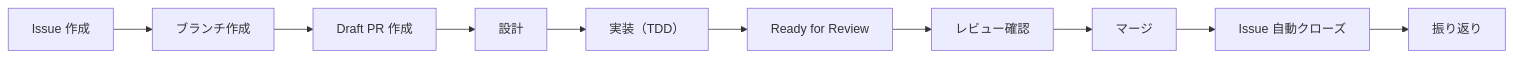
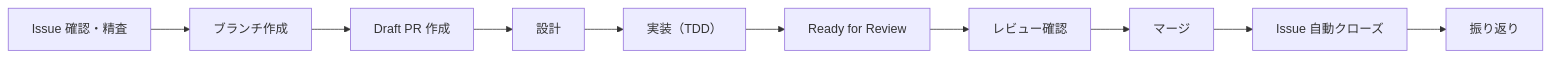
One commit to ka2kama/ringiflow changed the first of 3 diagrams in docs/04_手順書/04_開発フロー/01_Issue駆動開発.md. Above: the diagram before and after it, drawn with Mermaid. The commit also changed other lines of this file and 5 other files, not shown here.

First line of the commit message:
Add Issue scrutiny process to issue-driven development flow (#272)

````diff
--- a/docs/04_手順書/04_開発フロー/01_Issue駆動開発.md
+++ b/docs/04_手順書/04_開発フロー/01_Issue駆動開発.md
@@ -20,12 +22,12 @@
 ```mermaid
 flowchart LR
-    A["Issue 作成"] --> B["ブランチ作成"]
+    A["Issue 確認・精査"] --> B["ブランチ作成"]
     B --> C["Draft PR 作成"]
     C --> D["設計"]
     D --> E["実装（TDD）"]
     E --> F["Ready for Review"]
     F --> G["レビュー確認"]
     G --> H["マージ"]
     H --> I["Issue 自動クローズ"]
     I --> J["振り返り"]
 ```
````
